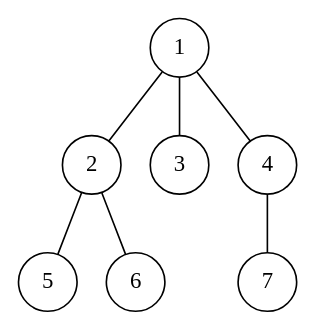
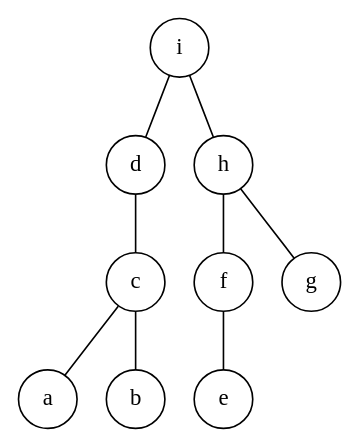
The diagram in Tree/BinTree/Figures/Tree.dot (Time-Coder/Data_Structure), drawn with Graphviz before and after one commit. The commit also changed 12 other files, not shown here.

```diff
--- a/Tree/BinTree/Figures/Tree.dot
+++ b/Tree/BinTree/Figures/Tree.dot
@@ -1,17 +1,21 @@
 graph
 {
 	0--1;
 	0--2;
-	0--3;
-	3--4;
-	1--5;
+	2--3;
+	2--4;
+	3--5;
 	1--6;
+	6--7;
+	6--8;
 
-	5[shape="circle",label="5"];
-	6[shape="circle",label="6"];
-	1[shape="circle",label="2"];
-	2[shape="circle",label="3"];
-	4[shape="circle",label="7"];
-	3[shape="circle",label="4"];
-	0[shape="circle",label="1"];
+	7[shape="circle",label="a"];
+	8[shape="circle",label="b"];
+	6[shape="circle",label="c"];
+	1[shape="circle",label="d"];
+	5[shape="circle",label="e"];
+	3[shape="circle",label="f"];
+	4[shape="circle",label="g"];
+	2[shape="circle",label="h"];
+	0[shape="circle",label="i"];
 }
```
